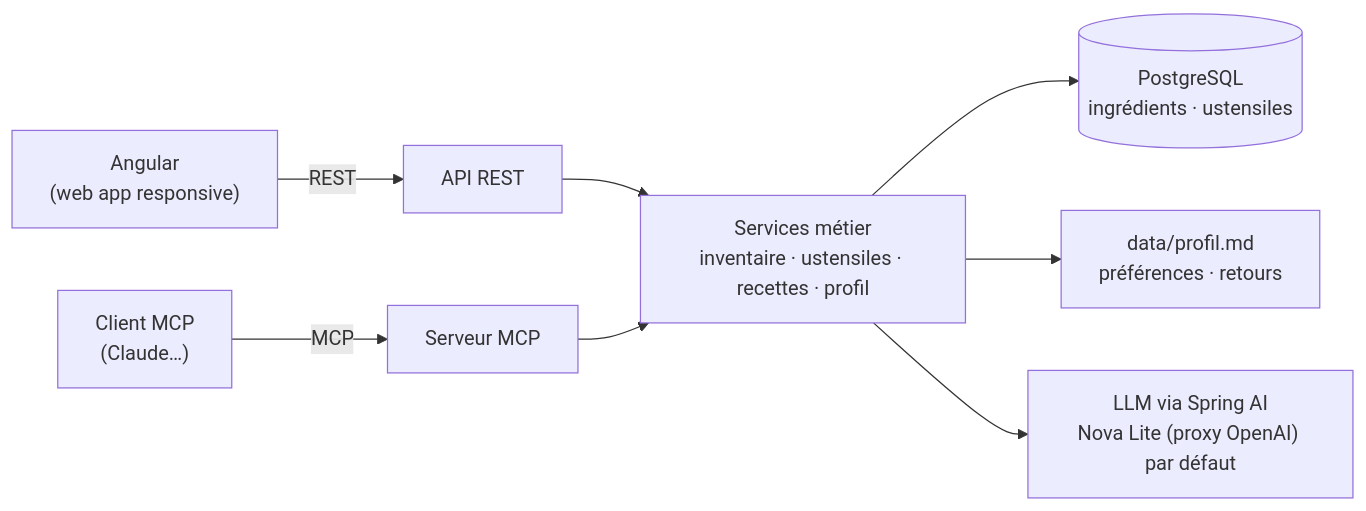
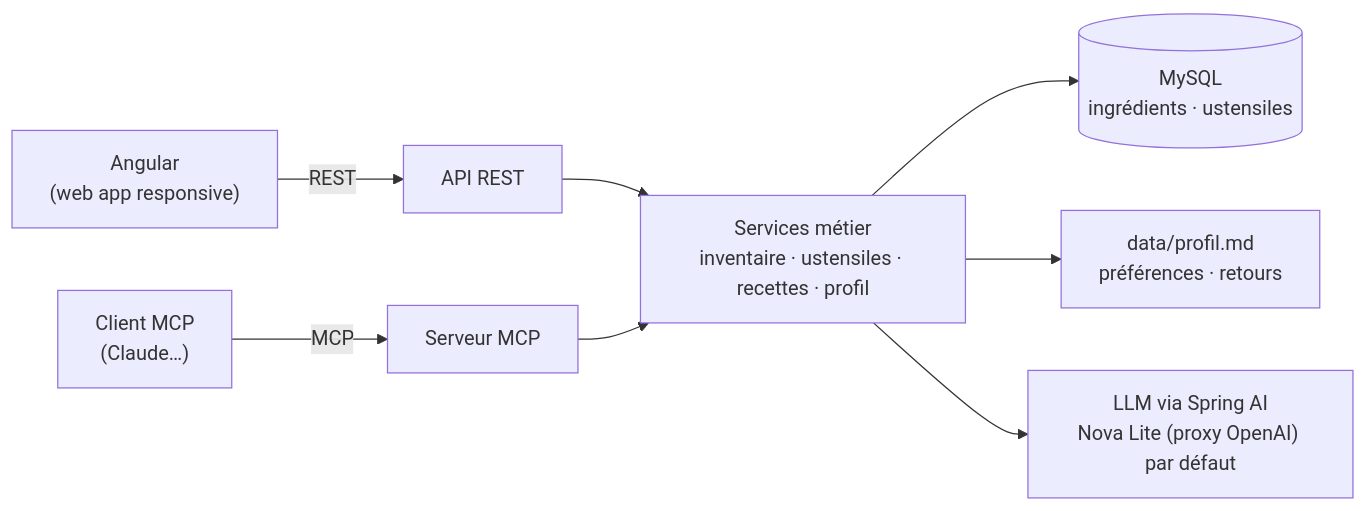
One commit to emocio-tech/AntiGaspi changed the diagram in README.md. Above: the diagram before and after it, drawn with Mermaid. The commit also changed other lines of this file and 27 other files, not shown here.

````diff
--- a/README.md
+++ b/README.md
@@ -131,10 +143,10 @@
 ```mermaid
 flowchart LR
     UI["Angular<br/>(web app responsive)"] -->|REST| API["API REST"]
     MCPC["Client MCP<br/>(Claude…)"] -->|MCP| MCPS["Serveur MCP"]
     API --> SVC["Services métier<br/>inventaire · ustensiles · recettes · profil"]
     MCPS --> SVC
-    SVC --> DB[("PostgreSQL<br/>ingrédients · ustensiles")]
+    SVC --> DB[("MySQL<br/>ingrédients · ustensiles")]
     SVC --> MD["data/profil.md<br/>préférences · retours"]
     SVC --> LLM["LLM via Spring AI<br/>Nova Lite (proxy OpenAI) par défaut"]
 ```
````
